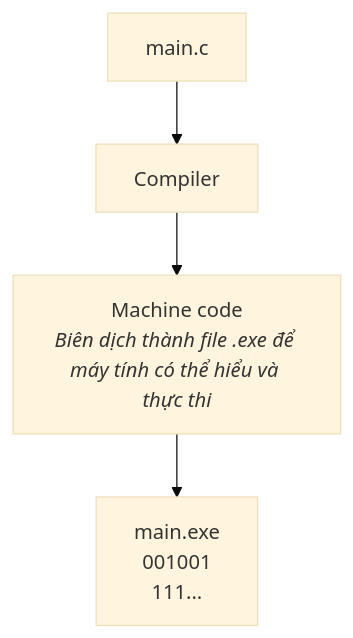
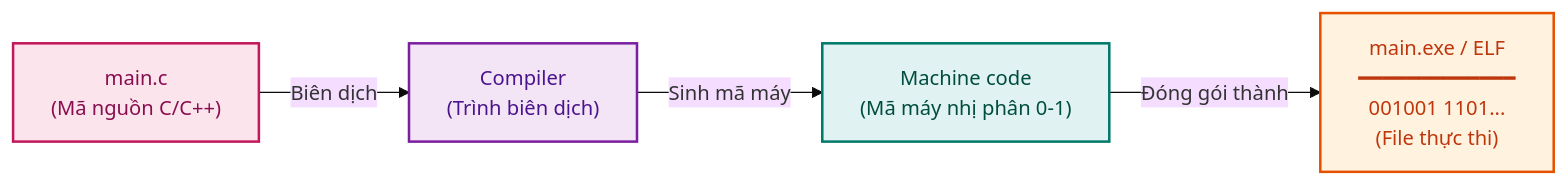
Before and after one commit to Duc-Lee/LLMserving_GPUoptimization: the first of 4 diagrams in OperatingSystem/OS_scratch/Concepts_OS/Intro_OS/Lession2.md, drawn with Mermaid (base theme). The commit also changed other lines of this file and 2 other files, not shown here.

````diff
--- a/OperatingSystem/OS_scratch/Concepts_OS/Intro_OS/Lession2.md
+++ b/OperatingSystem/OS_scratch/Concepts_OS/Intro_OS/Lession2.md
@@ -5,6 +5,16 @@
 ```mermaid
-flowchart TD
-    SRC["main.c"] --> COMP["Compiler"]
-    COMP --> MC["Machine code<br/><i>Biên dịch thành file .exe để máy tính có thể hiểu và thực thi</i>"]
-    MC --> EXE["main.exe<br/>001001<br/>111..."]
+flowchart LR
+    classDef codeStyle fill:#fce4ec,stroke:#c2185b,stroke-width:2px,color:#880e4f;
+    classDef toolStyle fill:#f3e5f5,stroke:#7b1fa2,stroke-width:2px,color:#4a148c;
+    classDef binStyle fill:#e0f2f1,stroke:#00796b,stroke-width:2px,color:#004d40;
+    classDef exeStyle fill:#fff3e0,stroke:#e65100,stroke-width:2px,color:#bf360c;
+
+    SRC["main.c<br/>(Mã nguồn C/C++)"]:::codeStyle
+    COMP["Compiler<br/>(Trình biên dịch)"]:::toolStyle
+    MC["Machine code<br/>(Mã máy nhị phân 0-1)"]:::binStyle
+    EXE["main.exe / ELF<br/>━━━━━━━━━━━━━<br/>001001 1101...<br/>(File thực thi)"]:::exeStyle
+
+    SRC -->|"Biên dịch"| COMP
+    COMP -->|"Sinh mã máy"| MC
+    MC -->|"Đóng gói thành"| EXE
 ```
````
